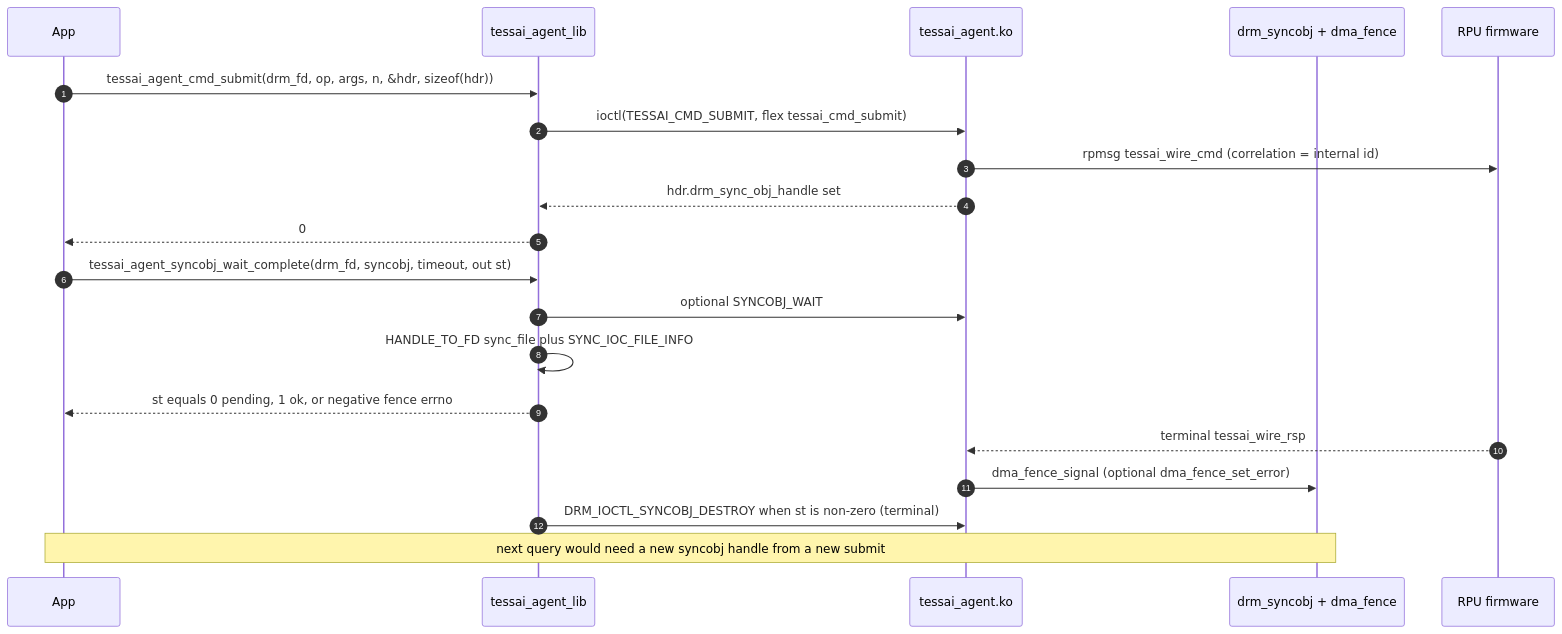
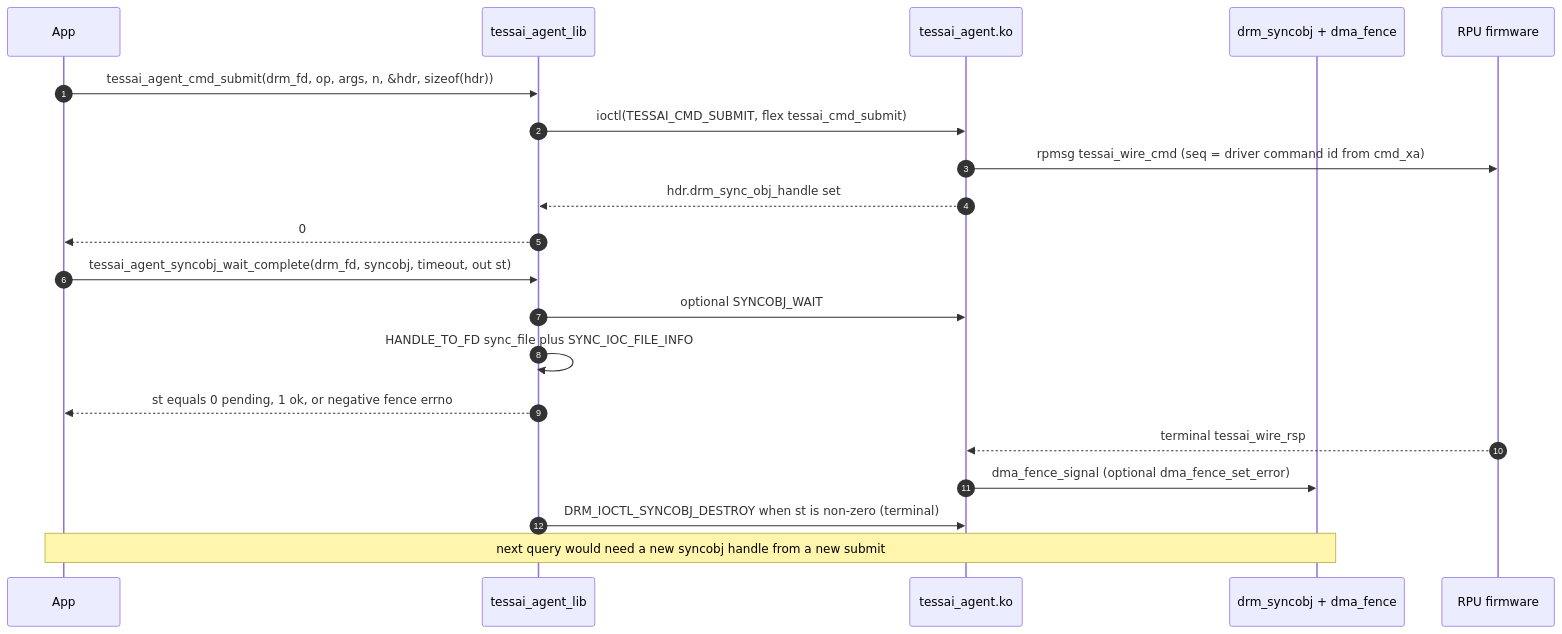
The second of 3 diagrams in docs/lib-userspace-flow.md (Xilinx/amdrnpu), drawn with Mermaid before and after one commit. The commit also changed other lines of this file and 4 other files, not shown here.

````diff
--- a/docs/lib-userspace-flow.md
+++ b/docs/lib-userspace-flow.md
@@ -93,25 +101,25 @@
 ```mermaid
 sequenceDiagram
     autonumber
     participant App
     participant Lib as tessai_agent_lib
     participant K as tessai_agent.ko
     participant SO as drm_syncobj + dma_fence
     participant RPU as RPU firmware
 
     App->>Lib: tessai_agent_cmd_submit(drm_fd, op, args, n, &hdr, sizeof(hdr))
     Lib->>K: ioctl(TESSAI_CMD_SUBMIT, flex tessai_cmd_submit)
-    K->>RPU: rpmsg tessai_wire_cmd (correlation = internal id)
+    K->>RPU: rpmsg tessai_wire_cmd (seq = driver command id from cmd_xa)
     K-->>Lib: hdr.drm_sync_obj_handle set
     Lib-->>App: 0
 
     App->>Lib: tessai_agent_syncobj_wait_complete(drm_fd, syncobj, timeout, out st)
     Lib->>K: optional SYNCOBJ_WAIT
     Lib->>Lib: HANDLE_TO_FD sync_file plus SYNC_IOC_FILE_INFO
     Lib-->>App: st equals 0 pending, 1 ok, or negative fence errno
 
     RPU-->>K: terminal tessai_wire_rsp
     K->>SO: dma_fence_signal (optional dma_fence_set_error)
     Lib->>K: DRM_IOCTL_SYNCOBJ_DESTROY when st is non-zero (terminal)
     Note over App,SO: next query would need a new syncobj handle from a new submit
 ```
````
